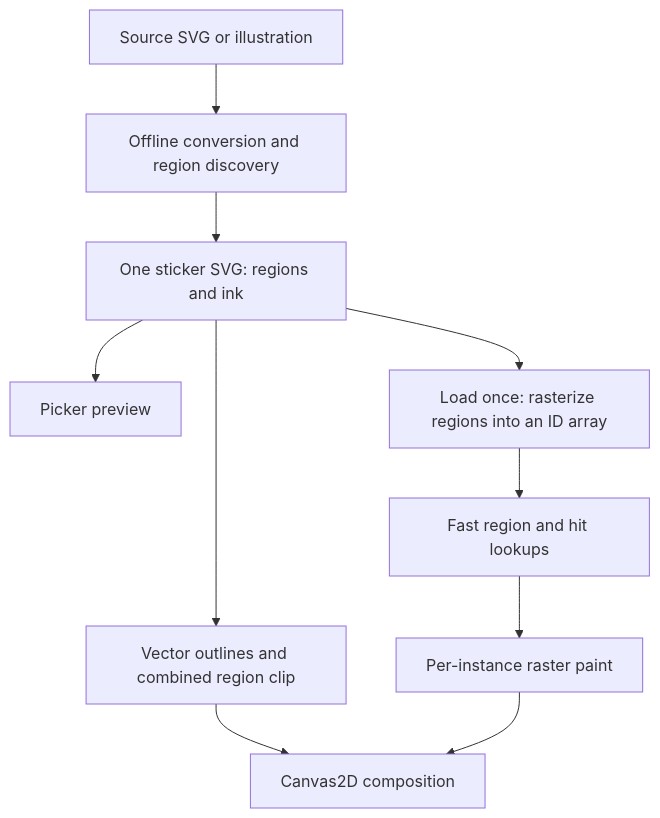
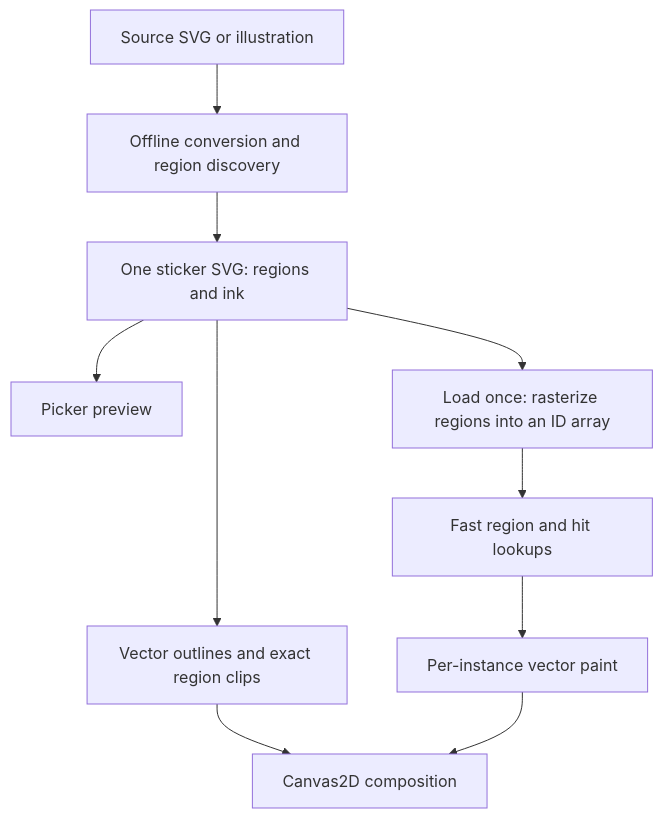
One commit to abflett/Studioodle changed the diagram in docs/STICKER-PIPELINE.md. Above: the diagram before and after it, drawn with Mermaid. The commit also changed other lines of this file and 57 other files, not shown here.

Commit message:
Replace raster painting with a vector-only editor

````diff
--- a/docs/STICKER-PIPELINE.md
+++ b/docs/STICKER-PIPELINE.md
@@ -7,12 +7,12 @@
 ```mermaid
 flowchart TD
     A[Source SVG or illustration] --> B[Offline conversion and region discovery]
     B --> C[One sticker SVG: regions and ink]
     C --> D[Picker preview]
     C --> E[Load once: rasterize regions into an ID array]
     E --> F[Fast region and hit lookups]
-    C --> G[Vector outlines and combined region clip]
-    F --> H[Per-instance raster paint]
+    C --> G[Vector outlines and exact region clips]
+    F --> H[Per-instance vector paint]
     G --> I[Canvas2D composition]
     H --> I
 ```
````
